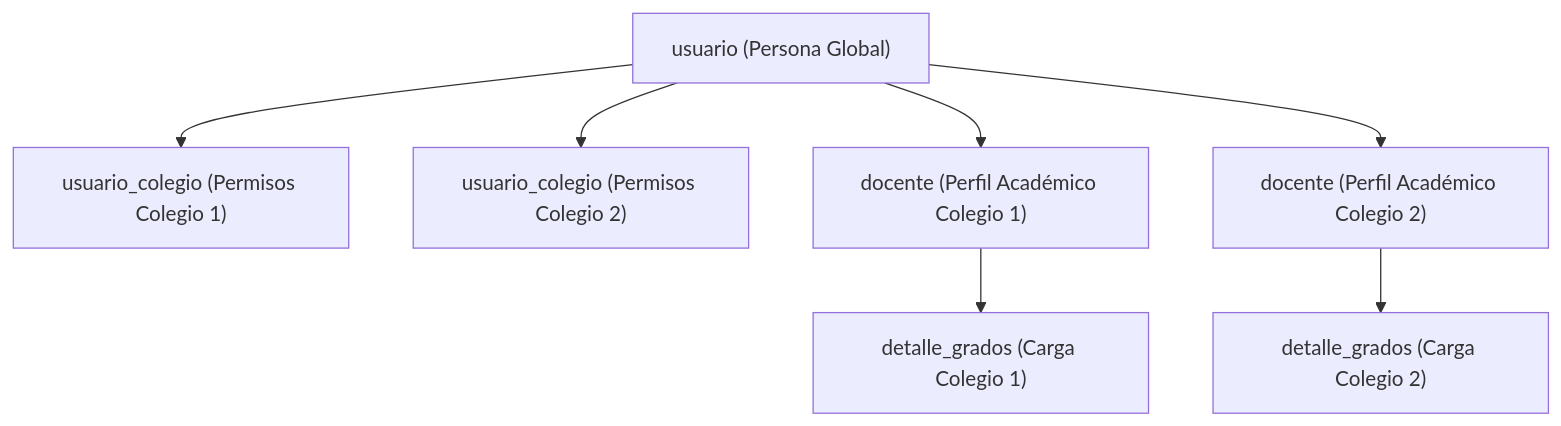
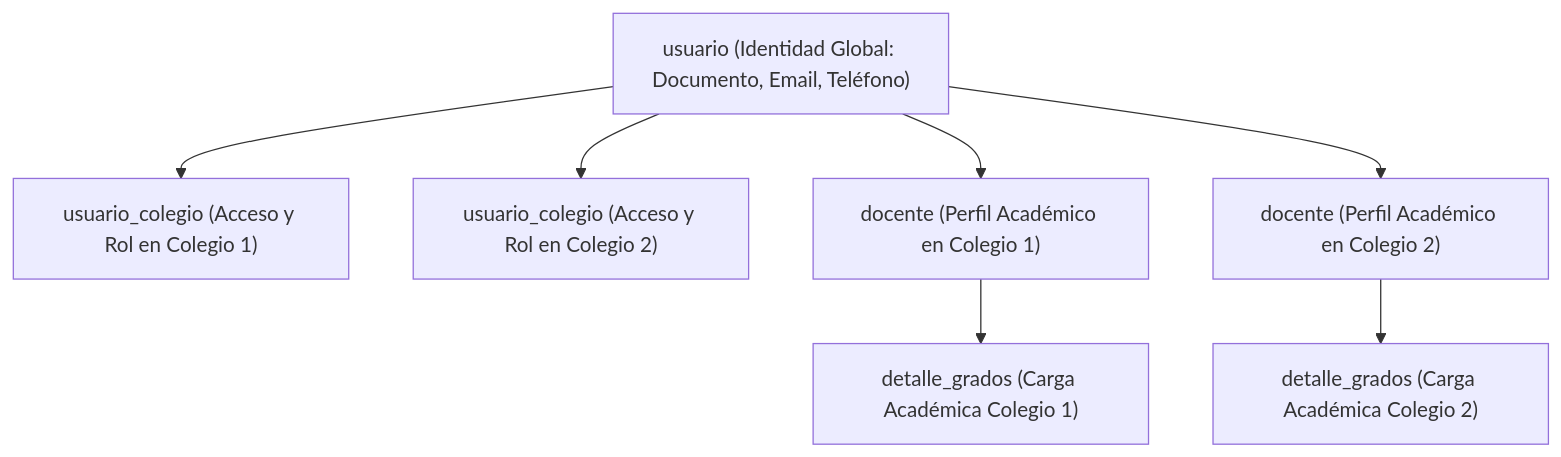
The second of 2 diagrams in guides/architecture.md (DanExl24/AcademiaNeiva), drawn with Mermaid before and after one commit. The commit also changed other lines of this file, not shown here.

Commit message:
docs: actualizar architecture.md con el stack Kysely/Zod, 21 modulos y entidades de base de datos

````diff
--- a/guides/architecture.md
+++ b/guides/architecture.md
@@ -93,9 +133,9 @@
 ```mermaid
 graph TD
-    U["usuario (Persona Global)"] --> UC1["usuario_colegio (Permisos Colegio 1)"]
-    U --> UC2["usuario_colegio (Permisos Colegio 2)"]
-    U --> D1["docente (Perfil Académico Colegio 1)"]
-    U --> D2["docente (Perfil Académico Colegio 2)"]
-    D1 --> DG1["detalle_grados (Carga Colegio 1)"]
-    D2 --> DG2["detalle_grados (Carga Colegio 2)"]
+    U["usuario (Identidad Global: Documento, Email, Teléfono)"] --> UC1["usuario_colegio (Acceso y Rol en Colegio 1)"]
+    U --> UC2["usuario_colegio (Acceso y Rol en Colegio 2)"]
+    U --> D1["docente (Perfil Académico en Colegio 1)"]
+    U --> D2["docente (Perfil Académico en Colegio 2)"]
+    D1 --> DG1["detalle_grados (Carga Académica Colegio 1)"]
+    D2 --> DG2["detalle_grados (Carga Académica Colegio 2)"]
 ```
````
